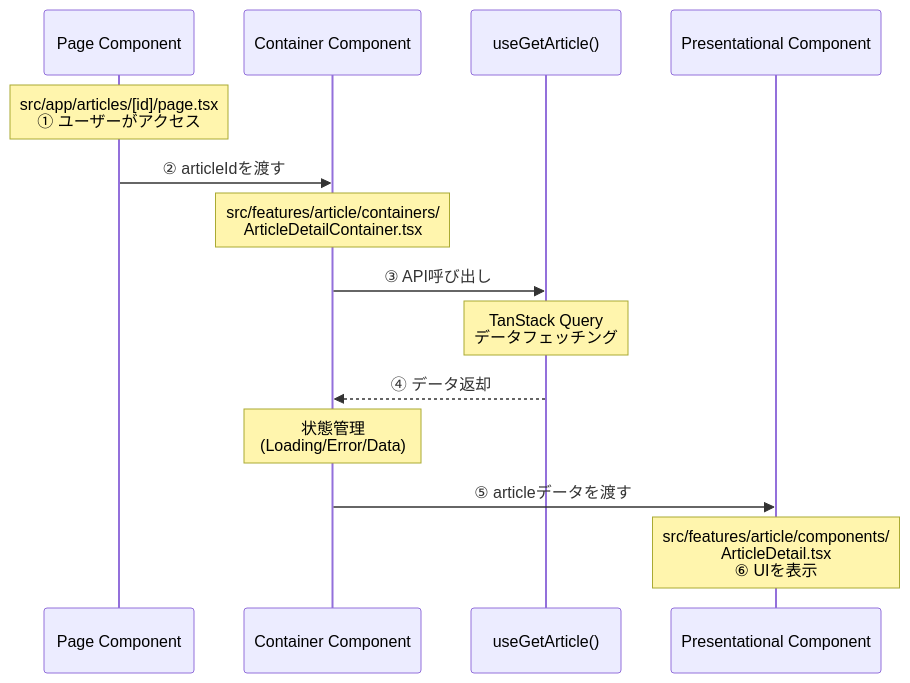
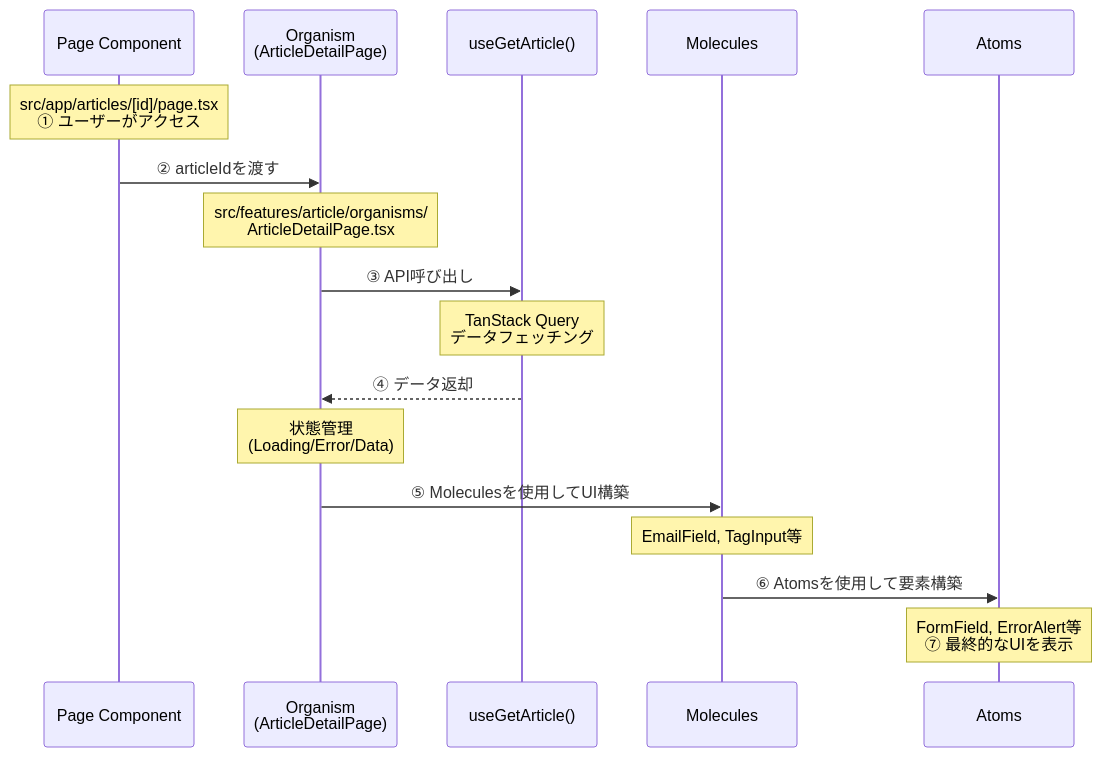
One commit to doguto/nari-note changed the second of 7 diagrams in nari-note-frontend/docs/frontend-architecture-diagram.md. Above: the diagram before and after it, drawn with Mermaid. The commit also changed other lines of this file and 13 other files, not shown here.

Commit message:
Docs: バックエンドdocsをDocumentsにリネーム、copilot指示とアーキテクチャ図を更新

````diff
--- a/nari-note-frontend/docs/frontend-architecture-diagram.md
+++ b/nari-note-frontend/docs/frontend-architecture-diagram.md
@@ -76,23 +98,26 @@
 ```mermaid
 sequenceDiagram
     participant Page as Page Component
-    participant Container as Container Component
+    participant Organism as Organism<br/>(ArticleDetailPage)
     participant Hook as useGetArticle()
-    participant Presentational as Presentational Component
+    participant Molecule as Molecules
+    participant Atom as Atoms
     
     Note over Page: src/app/articles/[id]/page.tsx<br/>① ユーザーがアクセス
     
-    Page->>Container: ② articleIdを渡す
+    Page->>Organism: ② articleIdを渡す
     
-    Note over Container: src/features/article/containers/<br/>ArticleDetailContainer.tsx
+    Note over Organism: src/features/article/organisms/<br/>ArticleDetailPage.tsx
     
-    Container->>Hook: ③ API呼び出し
+    Organism->>Hook: ③ API呼び出し
     Note over Hook: TanStack Query<br/>データフェッチング
-    Hook-->>Container: ④ データ返却
+    Hook-->>Organism: ④ データ返却
     
-    Note over Container: 状態管理<br/>(Loading/Error/Data)
+    Note over Organism: 状態管理<br/>(Loading/Error/Data)
     
-    Container->>Presentational: ⑤ articleデータを渡す
+    Organism->>Molecule: ⑤ Moleculesを使用してUI構築
+    Note over Molecule: EmailField, TagInput等
     
-    Note over Presentational: src/features/article/components/<br/>ArticleDetail.tsx<br/>⑥ UIを表示
+    Molecule->>Atom: ⑥ Atomsを使用して要素構築
+    Note over Atom: FormField, ErrorAlert等<br/>⑦ 最終的なUIを表示
 ```
````
